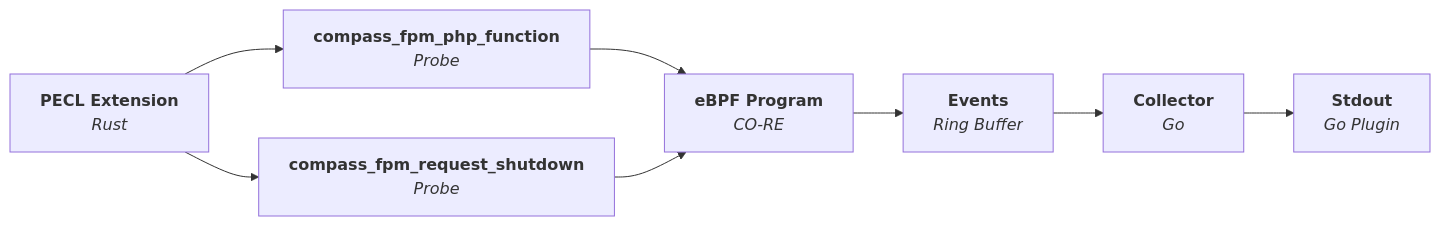
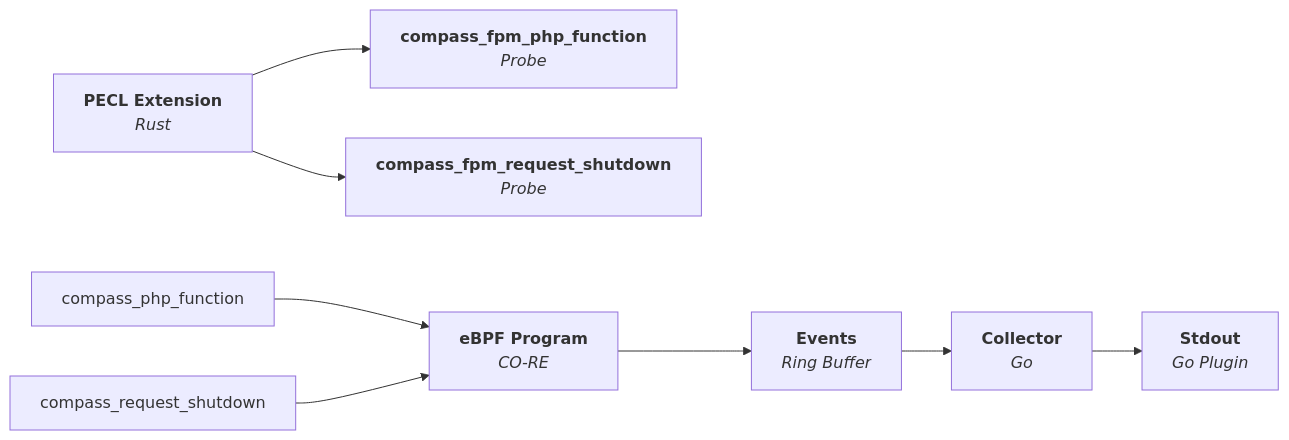
Before and after one commit to skpr/compass: the diagram in README.md, drawn with Mermaid.

````diff
--- a/README.md
+++ b/README.md
@@ -14,14 +14,14 @@
 ```mermaid
 flowchart LR
    Extension[<b>PECL Extension</b>\n<i>Rust</i>] --> compass_fpm_php_function[<b>compass_fpm_php_function</b>\n<i>Probe</i>]
    Extension --> compass_fpm_request_shutdown[<b>compass_fpm_request_shutdown</b>\n<i>Probe</i>]
 
-   compass_fpm_php_function --> eBPF[<b>eBPF Program</b>\n<i>CO-RE</i>]
-   compass_fpm_request_shutdown --> eBPF
+   compass_php_function --> eBPF[<b>eBPF Program</b>\n<i>CO-RE</i>]
+   compass_request_shutdown --> eBPF
 
    eBPF --> Events[<b>Events</b>\n<i>Ring Buffer</i>]
 
    Events --> Collector[<b>Collector</b>\n<i>Go</i>]
 
    Collector --> Stdout[<b>Stdout</b>\n<i>Go Plugin</i>]
 ```
````
